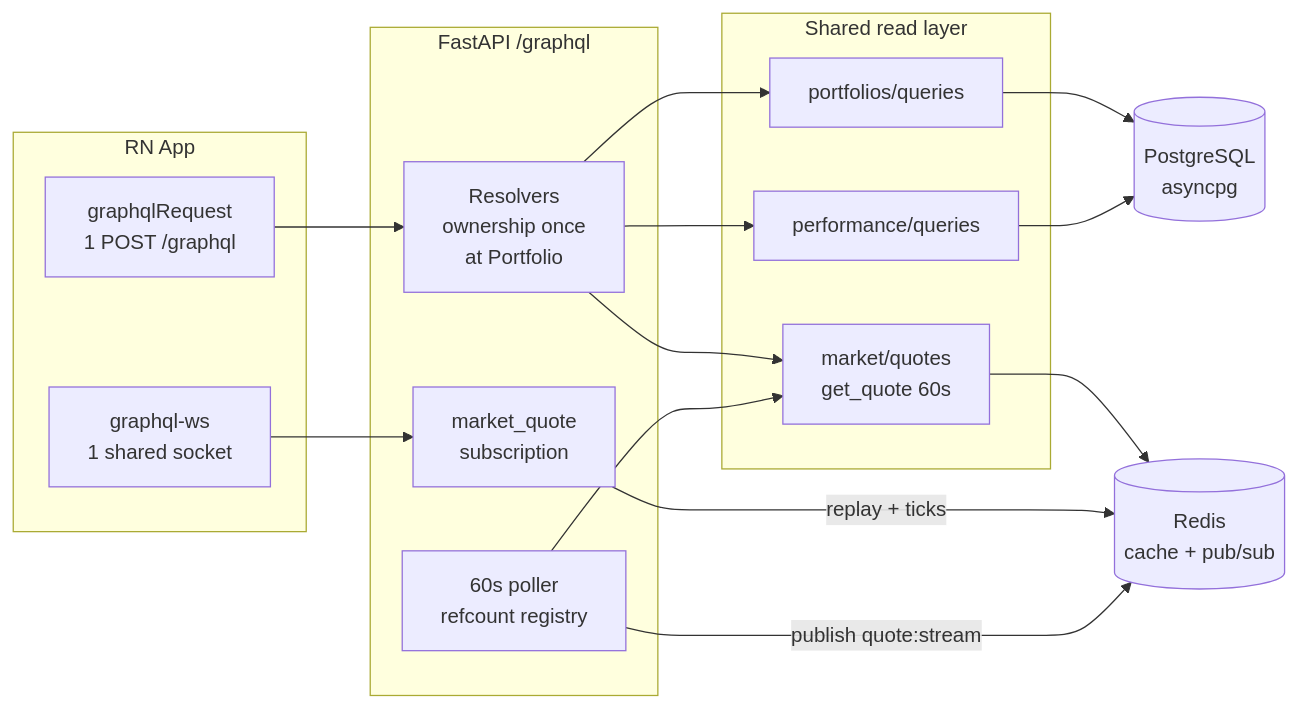
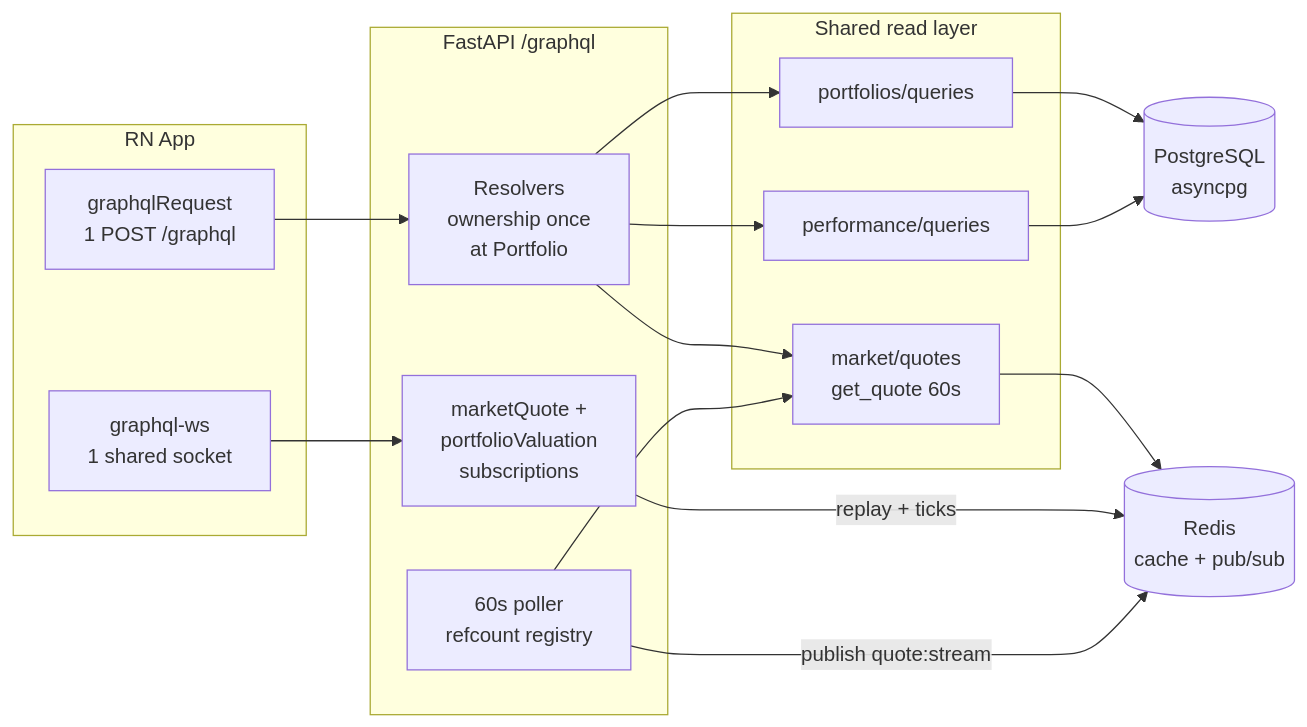
The sixth of 10 diagrams in docs/deep-dives.md (AhmedIkram05/stocklens), drawn with Mermaid before and after one commit. The commit also changed other lines of this file and 4 other files, not shown here.

First line of the commit message:
docs: record ADR-011 and update GraphQL docs for valuation + hardening

````diff
--- a/docs/deep-dives.md
+++ b/docs/deep-dives.md
@@ -494,31 +494,31 @@
 ```mermaid
 flowchart LR
     subgraph Client["RN App"]
         Q[graphqlRequest<br/>1 POST /graphql]
         WS[graphql-ws<br/>1 shared socket]
     end
 
     subgraph GQL["FastAPI /graphql"]
         RES[Resolvers<br/>ownership once<br/>at Portfolio]
-        SUB[market_quote<br/>subscription]
+        SUB[marketQuote +<br/>portfolioValuation<br/>subscriptions]
         POLL[60s poller<br/>refcount registry]
     end
 
     subgraph Shared["Shared read layer"]
         PQ[portfolios/queries]
         FQ[performance/queries]
         GQ[market/quotes<br/>get_quote 60s]
     end
 
     DB[(PostgreSQL<br/>asyncpg)]
     REDIS[(Redis<br/>cache + pub/sub)]
 
     Q --> RES
     RES --> PQ & FQ
     PQ & FQ --> DB
     RES --> GQ --> REDIS
     WS --> SUB
     SUB -->|replay + ticks| REDIS
     POLL --> GQ
     POLL -->|publish quote:stream| REDIS
 ```
````
